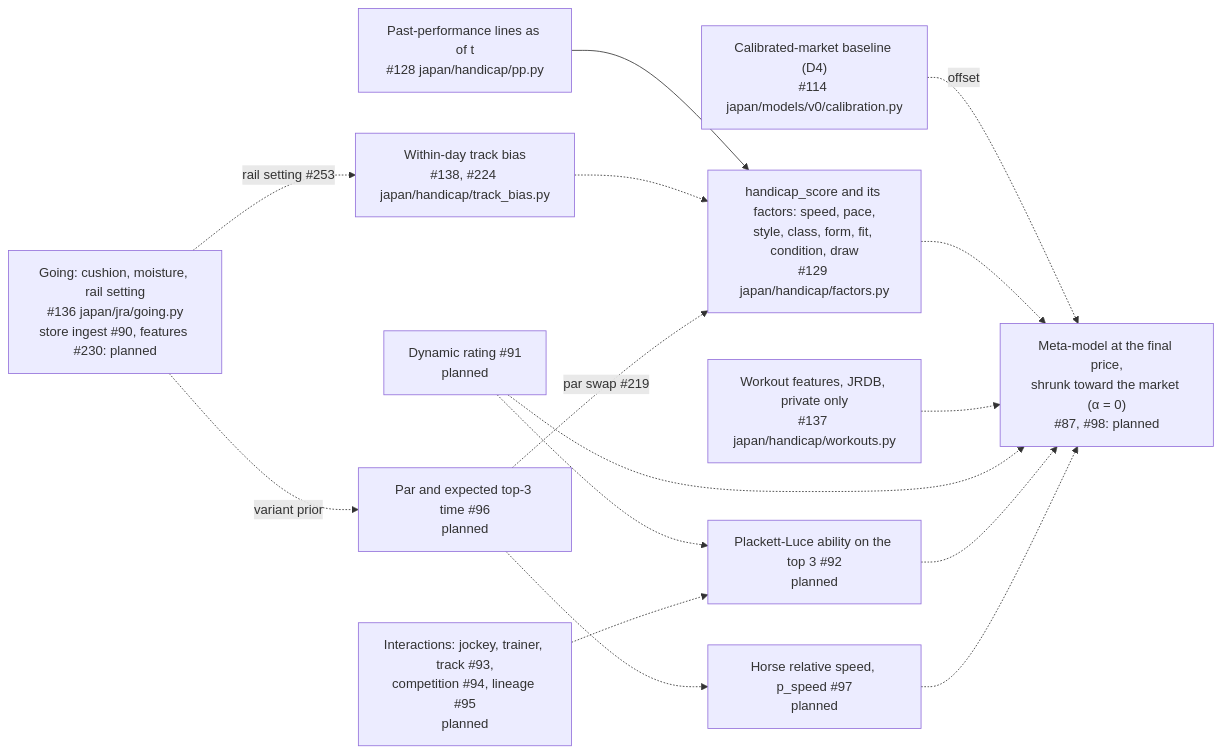
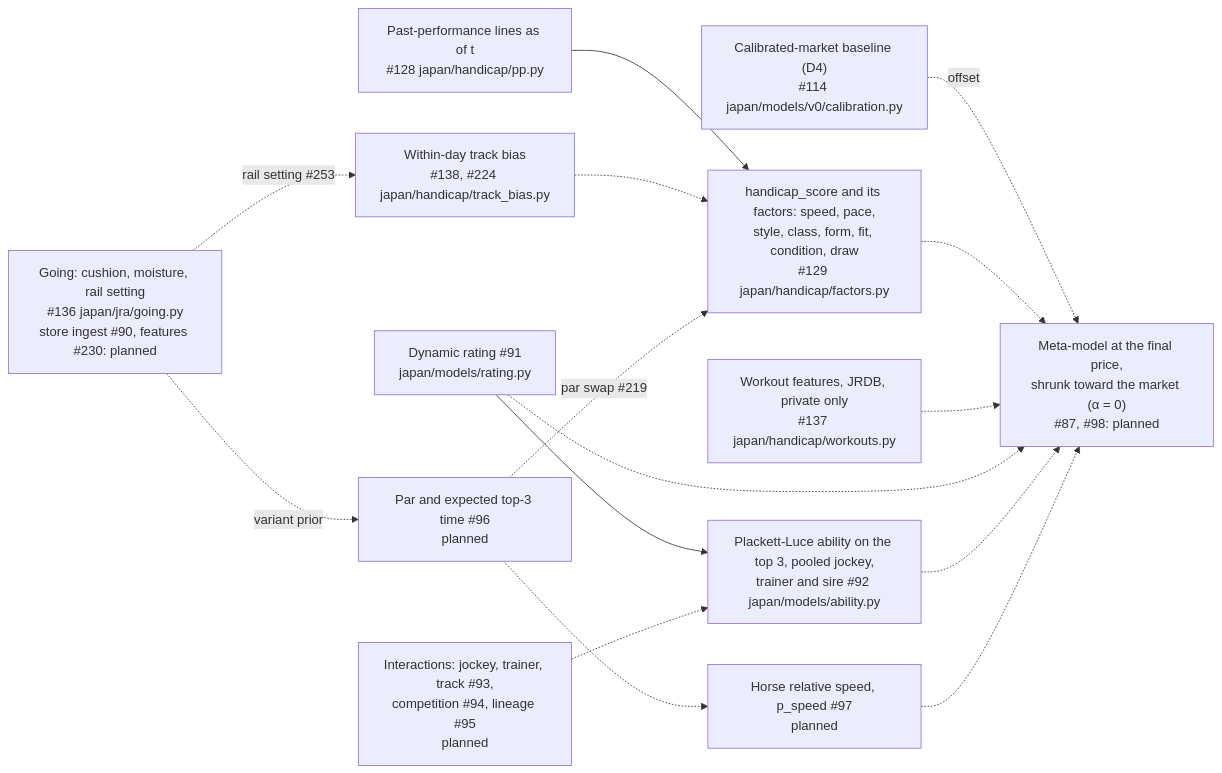
Before and after one commit to rjeskuri/HorseTrackBetting: the third of 6 diagrams in docs/modeling.md, drawn with Mermaid. The commit also changed other lines of this file and 5 other files, not shown here.

````diff
--- a/docs/modeling.md
+++ b/docs/modeling.md
@@ -131,29 +133,29 @@
 ```mermaid
 flowchart LR
     PP["Past-performance lines as of t<br/>#128 japan/handicap/pp.py"]
     HCP["handicap_score and its factors: speed, pace,<br/>style, class, form, fit, condition, draw<br/>#129 japan/handicap/factors.py"]
     WRK["Workout features, JRDB, private only<br/>#137 japan/handicap/workouts.py"]
     GOING["Going: cushion, moisture, rail setting<br/>#136 japan/jra/going.py<br/>store ingest #90, features #230: planned"]
     BIAS["Within-day track bias<br/>#138, #224 japan/handicap/track_bias.py"]
-    RAT["Dynamic rating #91<br/>planned"]
+    RAT["Dynamic rating #91<br/>japan/models/rating.py"]
     INT["Interactions: jockey, trainer, track #93,<br/>competition #94, lineage #95<br/>planned"]
-    PL["Plackett-Luce ability on the top 3 #92<br/>planned"]
+    PL["Plackett-Luce ability on the top 3, pooled jockey,<br/>trainer and sire #92 japan/models/ability.py"]
     PAR["Par and expected top-3 time #96<br/>planned"]
     PSPD["Horse relative speed, p_speed #97<br/>planned"]
     MKT["Calibrated-market baseline (D4)<br/>#114 japan/models/v0/calibration.py"]
     META["Meta-model at the final price,<br/>shrunk toward the market (α = 0)<br/>#87, #98: planned"]
     PP --> HCP
     BIAS -.-> HCP
     PAR -.->|"par swap #219"| HCP
     GOING -.->|"rail setting #253"| BIAS
     GOING -.->|"variant prior"| PAR
     PAR -.-> PSPD
-    RAT -.-> PL
+    RAT --> PL
     INT -.-> PL
     MKT -.->|"offset"| META
     HCP -.-> META
     WRK -.-> META
     RAT -.-> META
     PL -.-> META
     PSPD -.-> META
 ```
````
